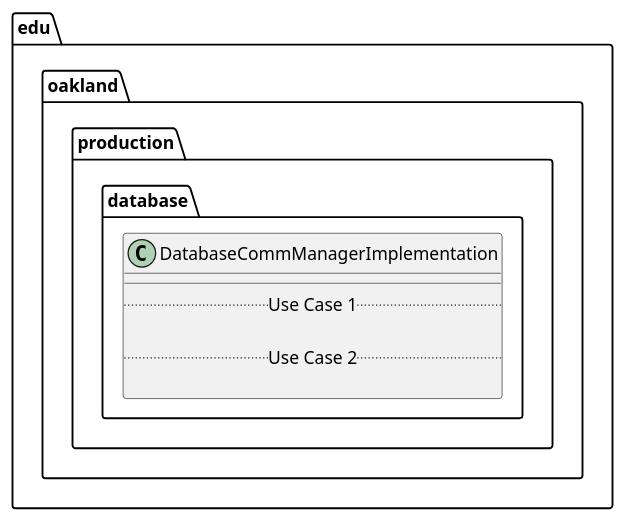
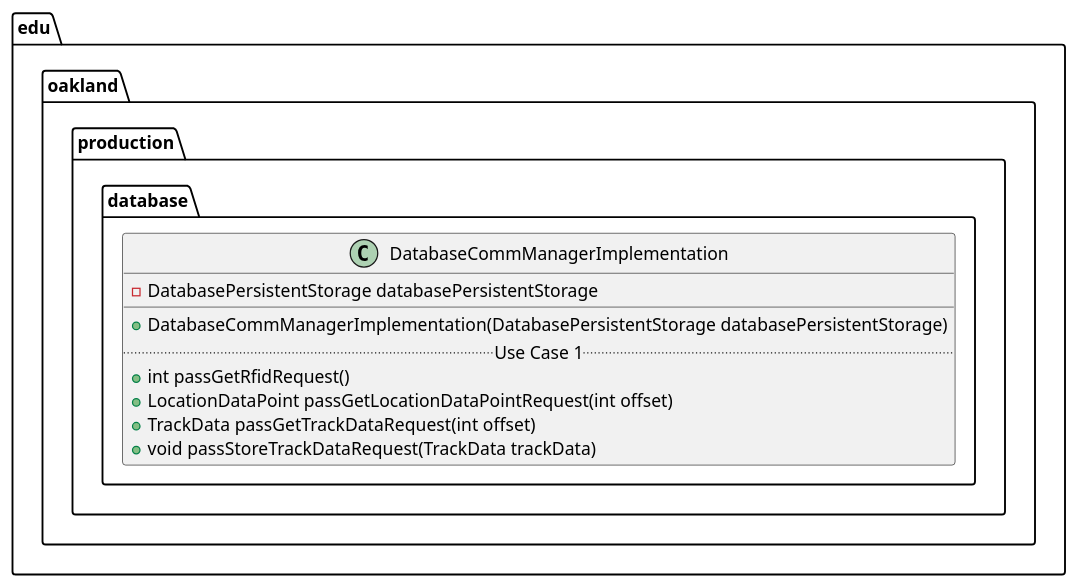
One commit to elilley15/csi-3370-software-project changed the diagram in docs/uml-class-diagrams/database/production/DatabaseCommManagerImplementation/DatabaseCommManagerImplementation.puml. Above: the diagram before and after it, drawn with PlantUML. The commit also changed 211 other files, not shown here.

First line of the commit message:
[Database] Document Internal Class Implementation (#48)

```diff
--- a/docs/uml-class-diagrams/database/production/DatabaseCommManagerImplementation/DatabaseCommManagerImplementation.puml
+++ b/docs/uml-class-diagrams/database/production/DatabaseCommManagerImplementation/DatabaseCommManagerImplementation.puml
@@ -1,13 +1,16 @@
 @startuml DatabaseCommManagerImplementation
 
 package edu.oakland.production.database {
     class DatabaseCommManagerImplementation {
+        - DatabasePersistentStorage databasePersistentStorage
         __
+        + DatabaseCommManagerImplementation(DatabasePersistentStorage databasePersistentStorage)
         .. Use Case 1 ..
-
-        .. Use Case 2 ..
-
+        + int passGetRfidRequest()
+        + LocationDataPoint passGetLocationDataPointRequest(int offset)
+        + TrackData passGetTrackDataRequest(int offset)
+        + void passStoreTrackDataRequest(TrackData trackData)
     }
 }
 
 @enduml
```
